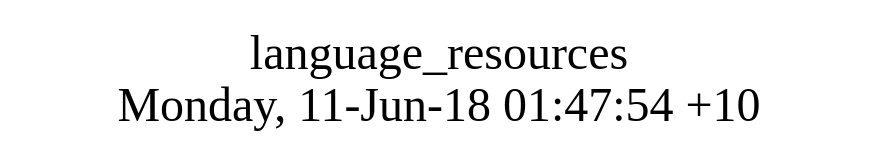
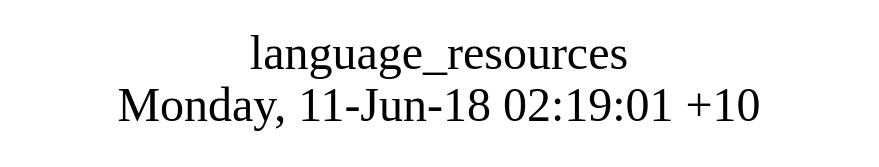
One commit to AplaProject/apps changed the diagram in src/basic/language_resources/struct.dot. Above: the diagram before and after it, drawn with Graphviz. The commit also changed 7 other files, not shown here.

```diff
--- a/src/basic/language_resources/struct.dot
+++ b/src/basic/language_resources/struct.dot
@@ -1,8 +1,8 @@
 digraph G {
 fontsize="24";
-label="language_resources\nMonday, 11-Jun-18 01:47:54 +10";
+label="language_resources\nMonday, 11-Jun-18 02:19:01 +10";
 nojustify=true;
 ordering=out;
 rankdir=LR;
 size="30";
 }
```
